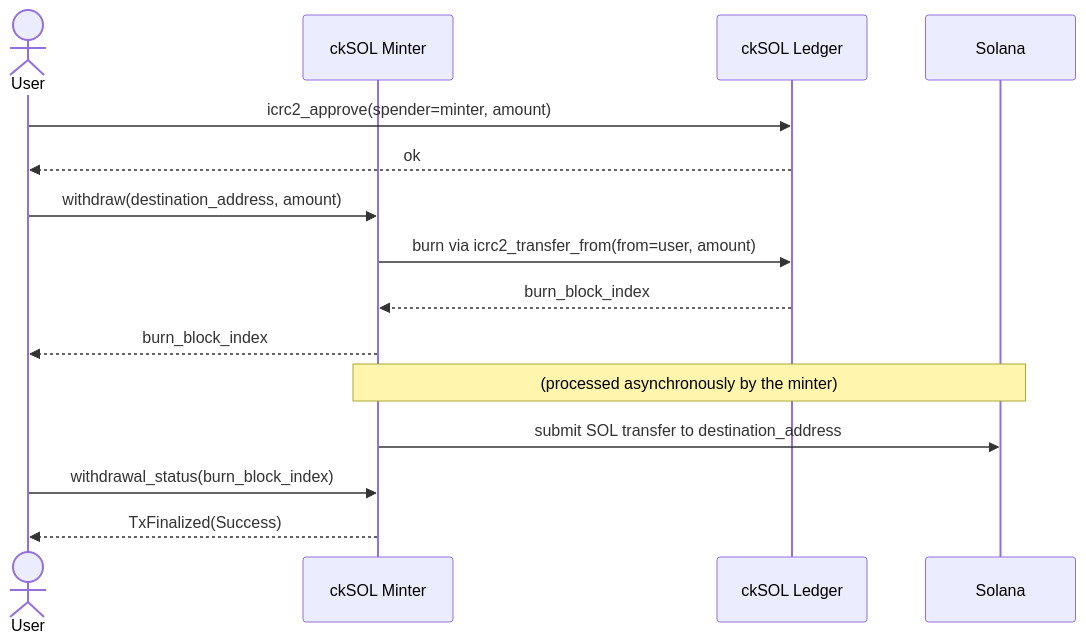
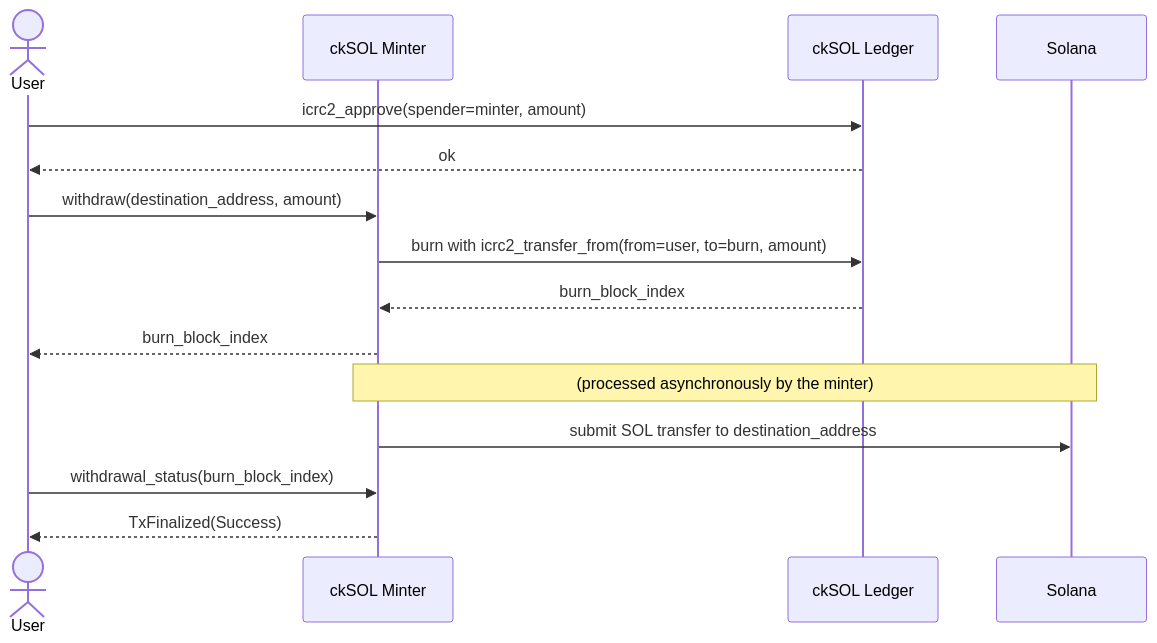
The second of 3 diagrams in README.md (dfinity/cksol), drawn with Mermaid before and after one commit. The commit also changed other lines of this file, not shown here.

Commit message:
docs: use 'mint/burn with' annotations in sequence diagrams

````diff
--- a/README.md
+++ b/README.md
@@ -80,21 +80,21 @@
 ```mermaid
 sequenceDiagram
     actor User
     participant Minter as ckSOL Minter
     participant Ledger as ckSOL Ledger
     participant Solana
 
     User->>Ledger: icrc2_approve(spender=minter, amount)
     Ledger-->>User: ok
 
     User->>Minter: withdraw(destination_address, amount)
-    Minter->>Ledger: burn via icrc2_transfer_from(from=user, amount)
+    Minter->>Ledger: burn with icrc2_transfer_from(from=user, to=burn, amount)
     Ledger-->>Minter: burn_block_index
     Minter-->>User: burn_block_index
 
     Note over Minter,Solana: (processed asynchronously by the minter)
     Minter->>Solana: submit SOL transfer to destination_address
 
     User->>Minter: withdrawal_status(burn_block_index)
     Minter-->>User: TxFinalized(Success)
 ```
````
